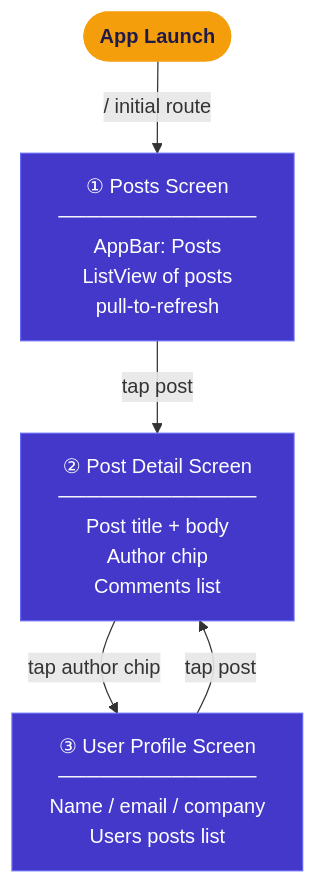
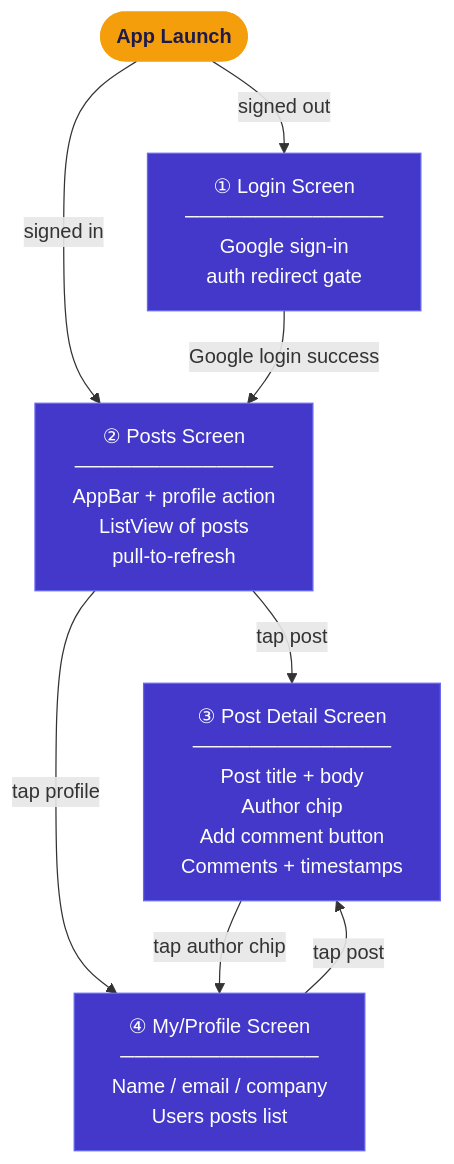
One commit to jz709u/flutter_posts changed the second of 5 diagrams in SCREEN_FLOW.md. Above: the diagram before and after it, drawn with Mermaid. The commit also changed other lines of this file and 1 other file, not shown here.

Commit message:
Update docs for auth and comment flows

````diff
--- a/SCREEN_FLOW.md
+++ b/SCREEN_FLOW.md
@@ -51,15 +51,19 @@
 ```mermaid
 flowchart TD
     LAUNCH([App Launch]):::entry
-    POSTS["① Posts Screen<br/>──────────────<br/>AppBar: Posts<br/>ListView of posts<br/>pull-to-refresh"]:::screen
-    DETAIL["② Post Detail Screen<br/>──────────────<br/>Post title + body<br/>Author chip<br/>Comments list"]:::screen
-    PROFILE["③ User Profile Screen<br/>──────────────<br/>Name / email / company<br/>Users posts list"]:::screen
+    LOGIN["① Login Screen<br/>──────────────<br/>Google sign-in<br/>auth redirect gate"]:::screen
+    POSTS["② Posts Screen<br/>──────────────<br/>AppBar + profile action<br/>ListView of posts<br/>pull-to-refresh"]:::screen
+    DETAIL["③ Post Detail Screen<br/>──────────────<br/>Post title + body<br/>Author chip<br/>Add comment button<br/>Comments + timestamps"]:::screen
+    PROFILE["④ My/Profile Screen<br/>──────────────<br/>Name / email / company<br/>Users posts list"]:::screen
 
-    LAUNCH -->|"/ initial route"| POSTS
+    LAUNCH -->|signed out| LOGIN
+    LAUNCH -->|signed in| POSTS
+    LOGIN -->|"Google login success"| POSTS
     POSTS  -->|"tap post"| DETAIL
+    POSTS  -->|"tap profile"| PROFILE
     DETAIL -->|"tap author chip"| PROFILE
     PROFILE -->|"tap post"| DETAIL
 
     classDef entry   fill:#F59E0B,color:#1E1B4B,stroke:#F59E0B,font-weight:bold
     classDef screen  fill:#4338CA,color:#fff,stroke:#6366F1
 ```
````
